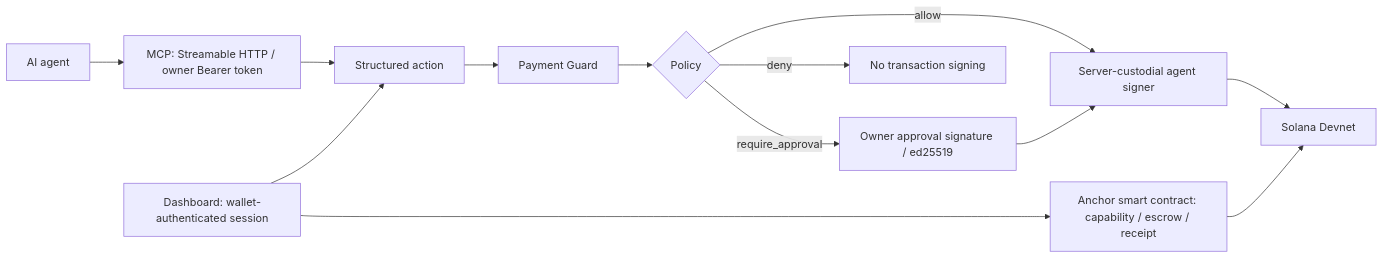
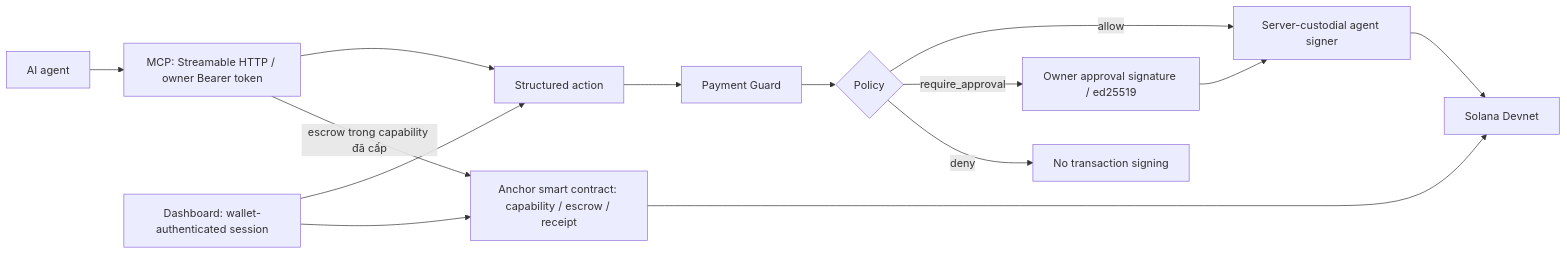
Before and after one commit to thanhhau15112000-dev/NexusWallet: the diagram in README.md, drawn with Mermaid.

Commit message:
docs(readme): add MCP to Task Vault edge in the architecture diagram

````diff
--- a/README.md
+++ b/README.md
@@ -58,15 +58,16 @@
 ```mermaid
 flowchart LR
   AI[AI agent] --> MCP[MCP: Streamable HTTP / owner Bearer token]
   MCP --> Intent[Structured action]
   UI[Dashboard: wallet-authenticated session] --> Intent
   Intent --> Guard[Payment Guard]
   Guard --> Decision{Policy}
   Decision -->|allow| Signer[Server-custodial agent signer]
   Decision -->|require_approval| Approval[Owner approval signature / ed25519]
   Approval --> Signer
   Decision -->|deny| Stop[No transaction signing]
   Signer --> Chain[Solana Devnet]
   UI --> Vault[Anchor smart contract: capability / escrow / receipt]
+  MCP -->|escrow trong capability đã cấp| Vault
   Vault --> Chain
 ```
````
